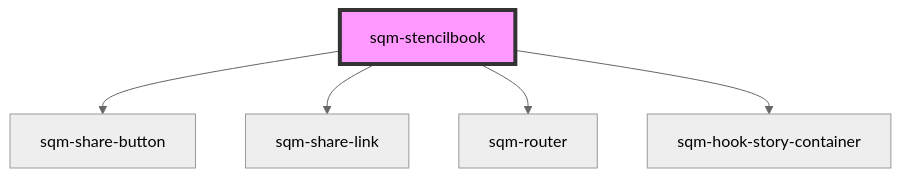
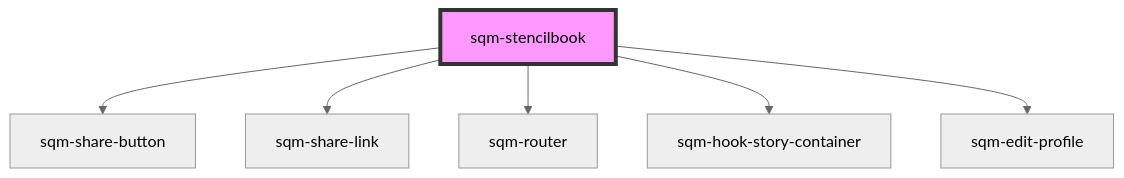
The diagram in packages/mint-components/src/components/sqm-stencilbook/readme.md (saasquatch/program-tools), drawn with Mermaid (neutral theme) before and after one commit. The commit also changed other lines of this file and 7 other files, not shown here.

Commit message:
edit-profile mostly done

````diff
--- a/packages/mint-components/src/components/sqm-stencilbook/readme.md
+++ b/packages/mint-components/src/components/sqm-stencilbook/readme.md
@@ -18,8 +19,9 @@
 ```mermaid
 graph TD;
   sqm-stencilbook --> sqm-share-button
   sqm-stencilbook --> sqm-share-link
   sqm-stencilbook --> sqm-router
   sqm-stencilbook --> sqm-hook-story-container
+  sqm-stencilbook --> sqm-edit-profile
   style sqm-stencilbook fill:#f9f,stroke:#333,stroke-width:4px
 ```
````
